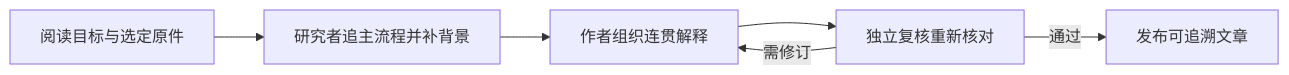
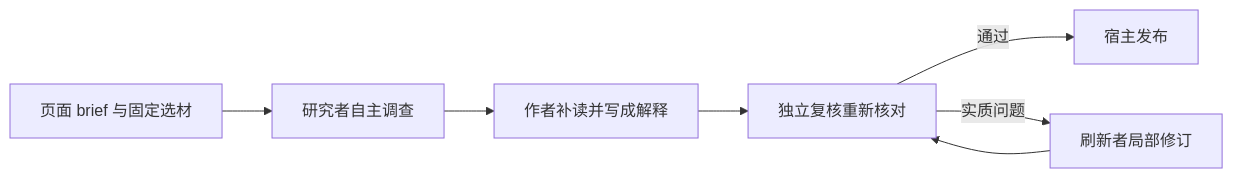
Before and after one commit to lejunyang/omem: the diagram in .repo-review/knowledge/articles/8a78e7c7634bdf870e9fc4ddcb0670e345ae0a629b2af3c08bd864ef0f1482aa.md, drawn with Mermaid. The commit also changed other lines of this file and 10 other files, not shown here.

````diff
--- a/.repo-review/knowledge/articles/8a78e7c7634bdf870e9fc4ddcb0670e345ae0a629b2af3c08bd864ef0f1482aa.md
+++ b/.repo-review/knowledge/articles/8a78e7c7634bdf870e9fc4ddcb0670e345ae0a629b2af3c08bd864ef0f1482aa.md
@@ -14,8 +37,9 @@
 ```mermaid
 flowchart LR
-  A[阅读目标与选定原件] --> B[研究者追主流程并补背景]
-  B --> C[作者组织连贯解释]
-  C --> D[独立复核重新核对]
-  D -->|通过| E[发布可追溯文章]
-  D -->|需修订| C
+  B[页面 brief 与固定选材] --> R[研究者自主调查]
+  R --> W[作者补读并写成解释]
+  W --> V[独立复核重新核对]
+  V -->|通过| P[宿主发布]
+  V -->|实质问题| F[刷新者局部修订]
+  F --> V
 ```
````
